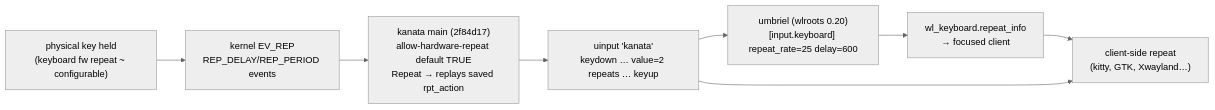
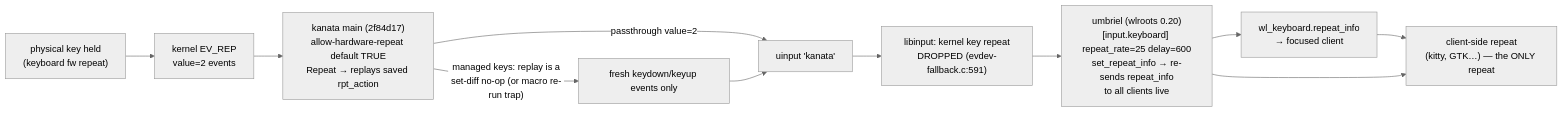
Before and after one commit to rektide/compfuzor: the diagram in design/key-repeat/kanata-repeat.glm53.md, drawn with Mermaid (neutral theme). The commit also changed other lines of this file, not shown here.

Commit message:
design/key-repeat: fold umbriel-repeat findings in — client-side-only repeat, live repeat_info re-send, [[input.device]] syntax

````diff
--- a/design/key-repeat/kanata-repeat.glm53.md
+++ b/design/key-repeat/kanata-repeat.glm53.md
@@ -83,10 +84,13 @@
 ```mermaid
 flowchart LR
-    K["physical key held<br/>(keyboard fw repeat ~ configurable)"] --> KR["kernel EV_REP<br/>REP_DELAY/REP_PERIOD events"]
+    K["physical key held<br/>(keyboard fw repeat)"] --> KR["kernel EV_REP<br/>value=2 events"]
     KR --> KA["kanata main (2f84d17)<br/>allow-hardware-repeat default TRUE<br/>Repeat → replays saved rpt_action"]
-    KA --> UI["uinput 'kanata'<br/>keydown … value=2 repeats … keyup"]
-    UI --> UM["umbriel (wlroots 0.20)<br/>[input.keyboard] repeat_rate=25 delay=600"]
+    KA -->|"managed keys: replay is a<br/>set-diff no-op (or macro re-run trap)"| KA2["fresh keydown/keyup events only"]
+    KA -->|"passthrough value=2"| UI["uinput 'kanata'"]
+    KA2 --> UI
+    UI --> LI["libinput: kernel key repeat<br/>DROPPED (evdev-fallback.c:591)"]
+    LI --> UM["umbriel (wlroots 0.20)<br/>[input.keyboard] repeat_rate=25 delay=600<br/>set_repeat_info → re-sends repeat_info<br/>to all clients live"]
     UM --> RI["wl_keyboard.repeat_info<br/>→ focused client"]
-    RI --> CL["client-side repeat<br/>(kitty, GTK, Xwayland…)"]
-    UI --> CL
+    RI --> CL["client-side repeat<br/>(kitty, GTK…) — the ONLY repeat"]
+    UM --> CL
 ```
````
